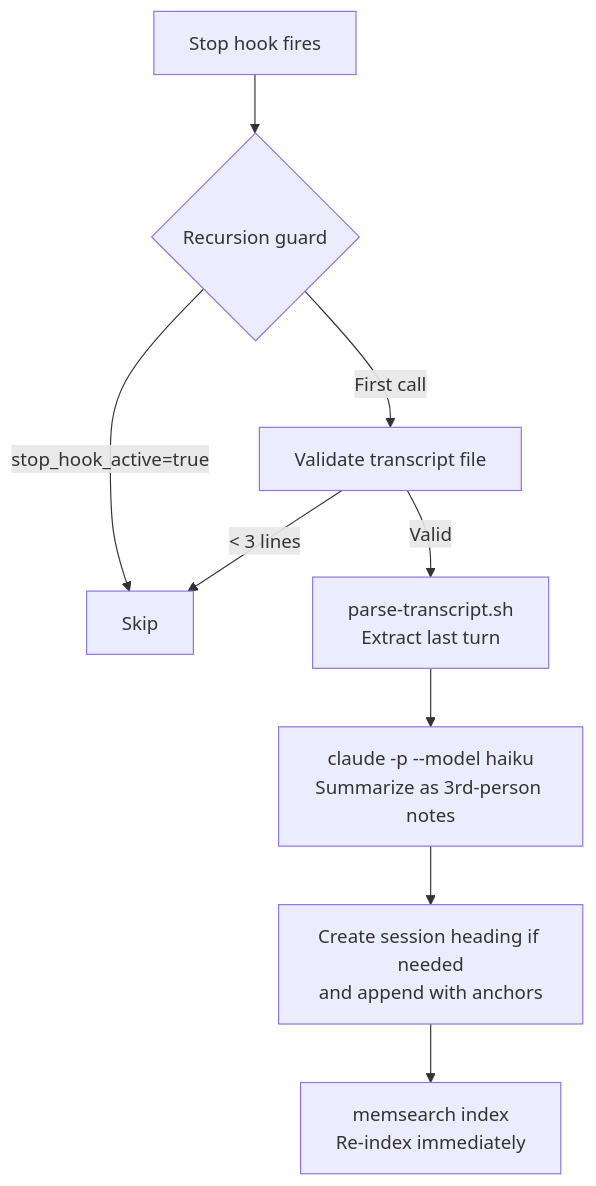
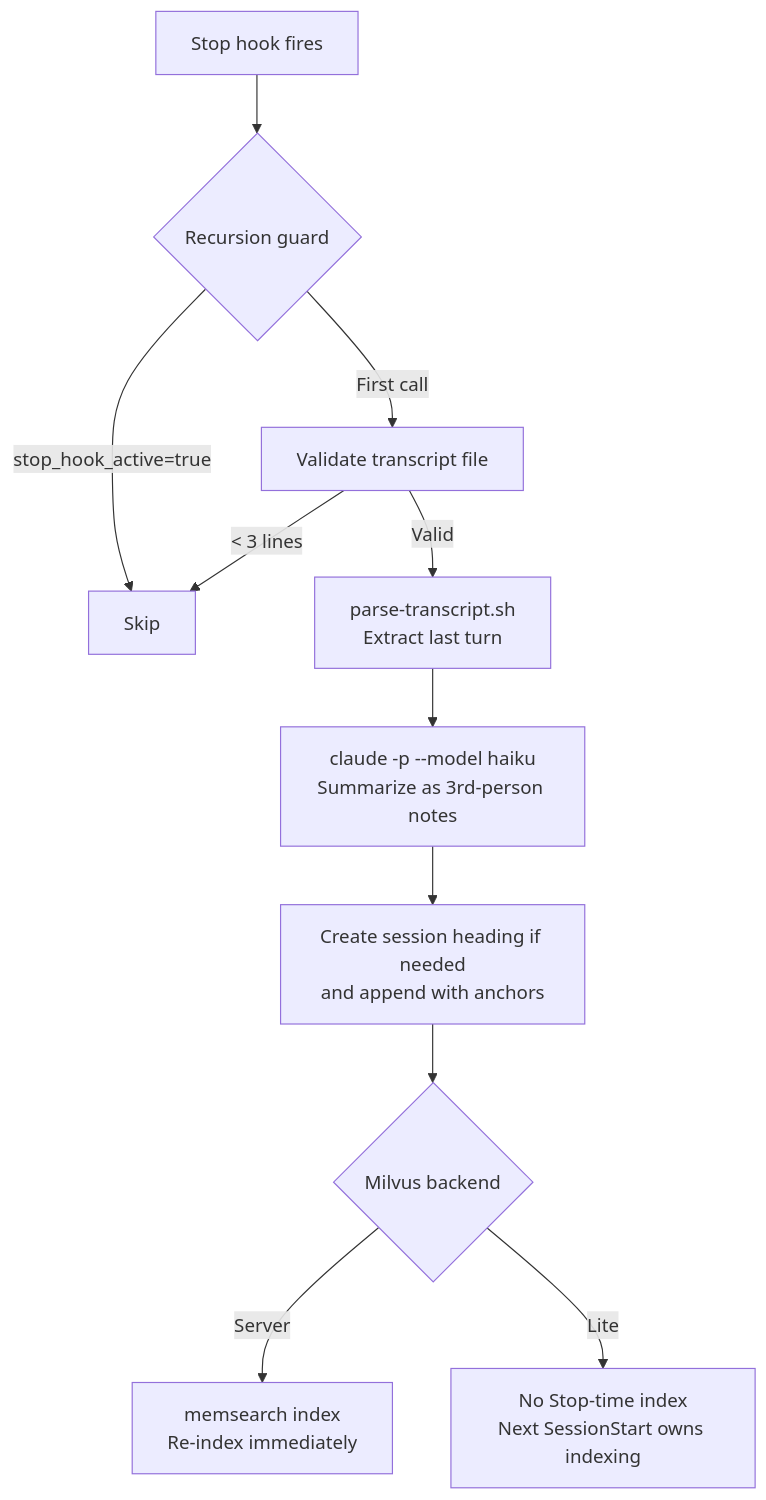
The third of 3 diagrams in docs/platforms/claude-code/how-it-works.md (Roovelrz/memsearch), drawn with Mermaid before and after one commit. The commit also changed other lines of this file and 3 other files, not shown here.

First line of the commit message:
fix(hooks): avoid reindexing Milvus Lite on every Claude Code stop (#723)

````diff
--- a/docs/platforms/claude-code/how-it-works.md
+++ b/docs/platforms/claude-code/how-it-works.md
@@ -112,11 +113,13 @@
 ```mermaid
 graph TD
     A[Stop hook fires] --> B{Recursion guard}
     B -->|"stop_hook_active=true"| Z[Skip]
     B -->|First call| C[Validate transcript file]
     C -->|"< 3 lines"| Z
     C -->|Valid| D["parse-transcript.sh<br/>Extract last turn"]
     D --> E["claude -p --model haiku<br/>Summarize as 3rd-person notes"]
     E --> F["Create session heading if needed<br/>and append with anchors"]
-    F --> G["memsearch index<br/>Re-index immediately"]
+    F --> G{Milvus backend}
+    G -->|Server| H["memsearch index<br/>Re-index immediately"]
+    G -->|Lite| I["No Stop-time index<br/>Next SessionStart owns indexing"]
 ```
````
